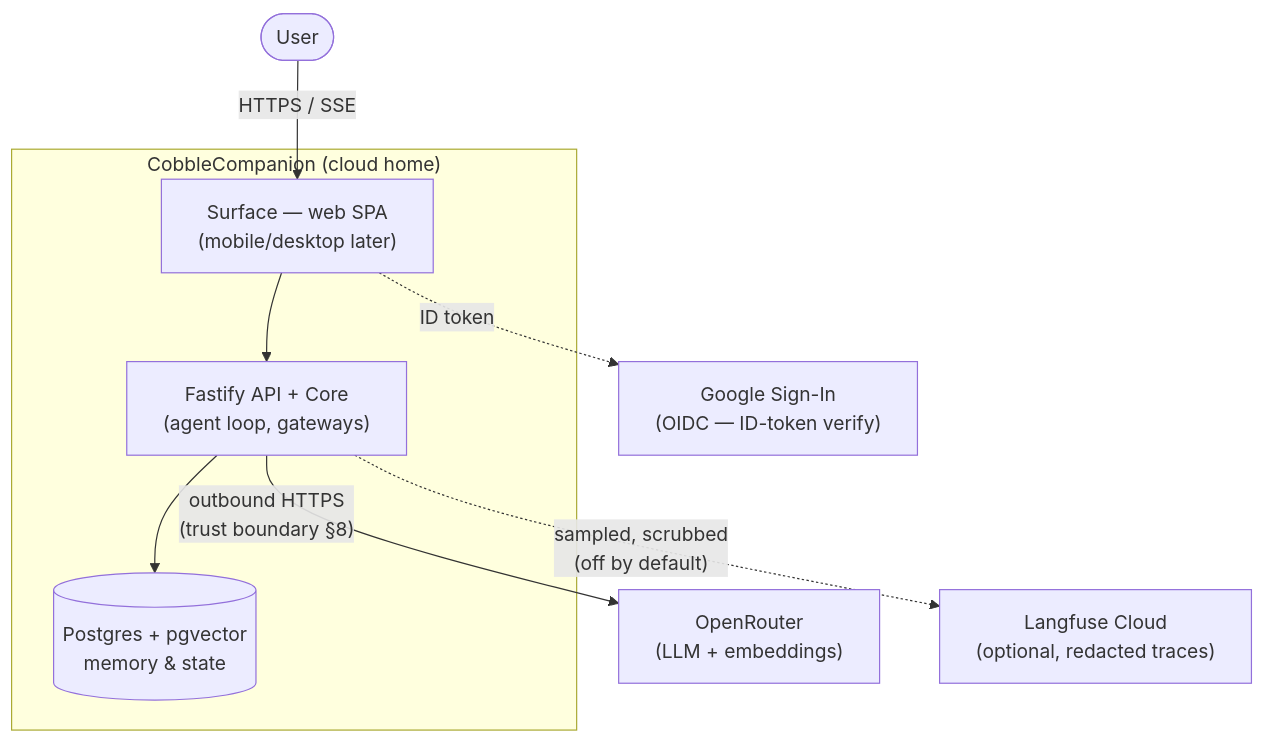
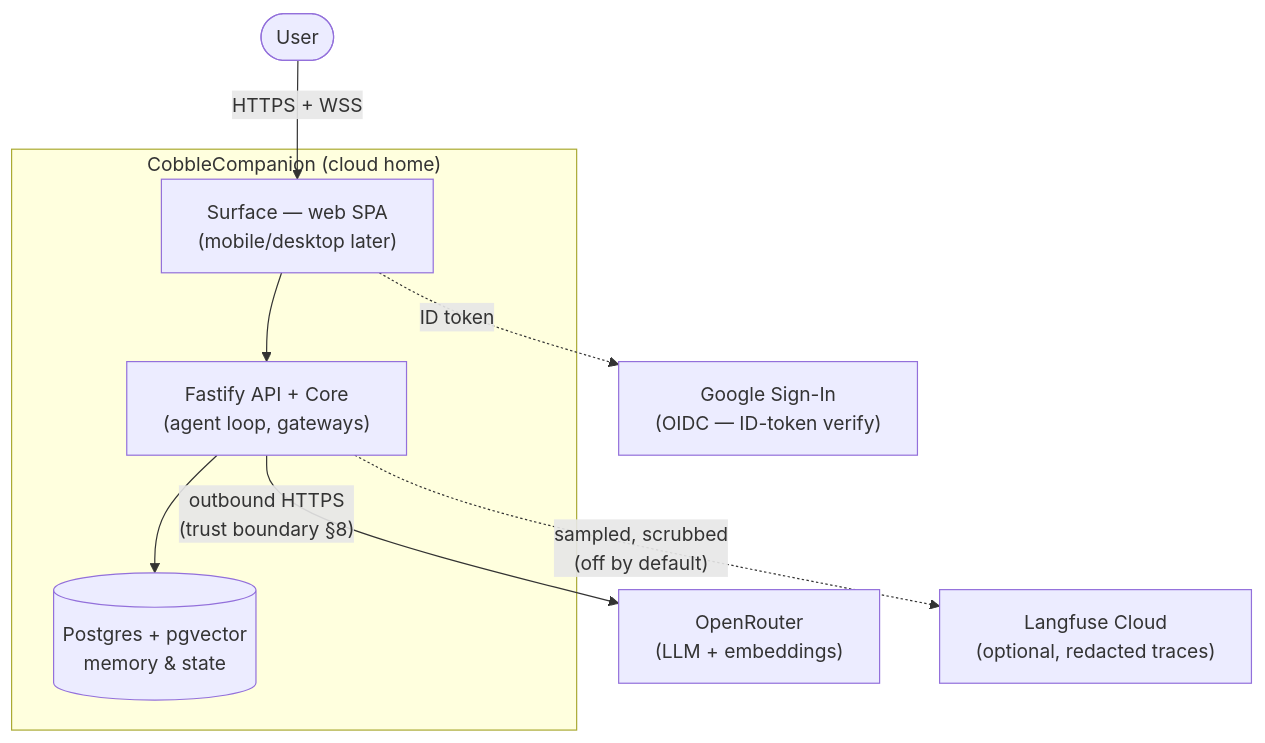
One commit to CobbleStamp/CobbleCompanion changed diagram 11 of 12 in docs/architecture.md. Above: the diagram before and after it, drawn with Mermaid. The commit also changed other lines of this file and 2 other files, not shown here.

````diff
--- a/docs/architecture.md
+++ b/docs/architecture.md
@@ -823,19 +825,19 @@
 ```mermaid
 flowchart TB
     user([User])
     subgraph cc["CobbleCompanion (cloud home)"]
         surface["Surface — web SPA<br/>(mobile/desktop later)"]
         api["Fastify API + Core<br/>(agent loop, gateways)"]
         db[("Postgres + pgvector<br/>memory & state")]
         surface --> api
         api --> db
     end
     google["Google Sign-In<br/>(OIDC — ID-token verify)"]
     openrouter["OpenRouter<br/>(LLM + embeddings)"]
     langfuse["Langfuse Cloud<br/>(optional, redacted traces)"]
 
-    user -->|"HTTPS / SSE"| surface
+    user -->|"HTTPS + WSS"| surface
     surface -.->|"ID token"| google
     api -->|"outbound HTTPS<br/>(trust boundary §8)"| openrouter
     api -.->|"sampled, scrubbed<br/>(off by default)"| langfuse
 ```
````
